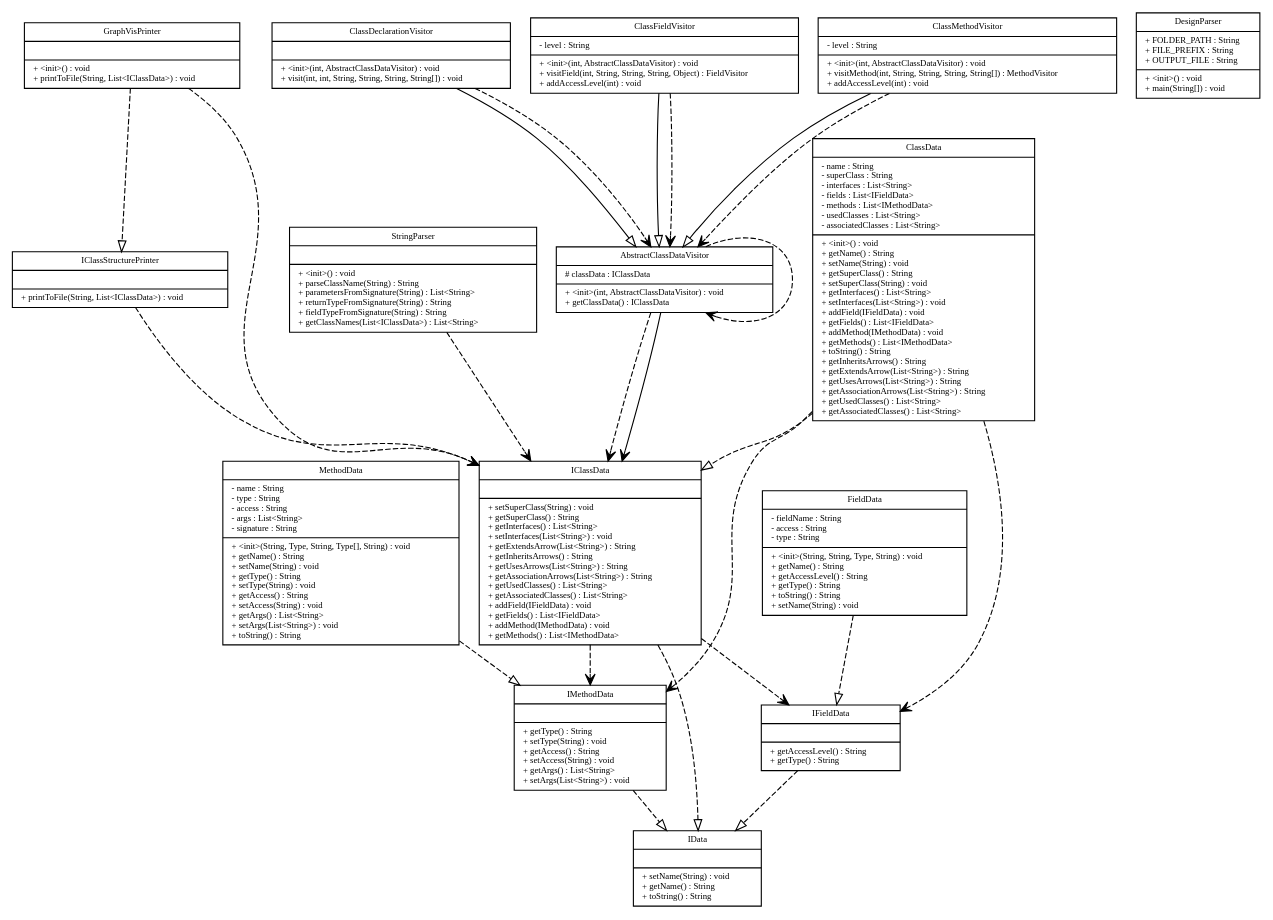
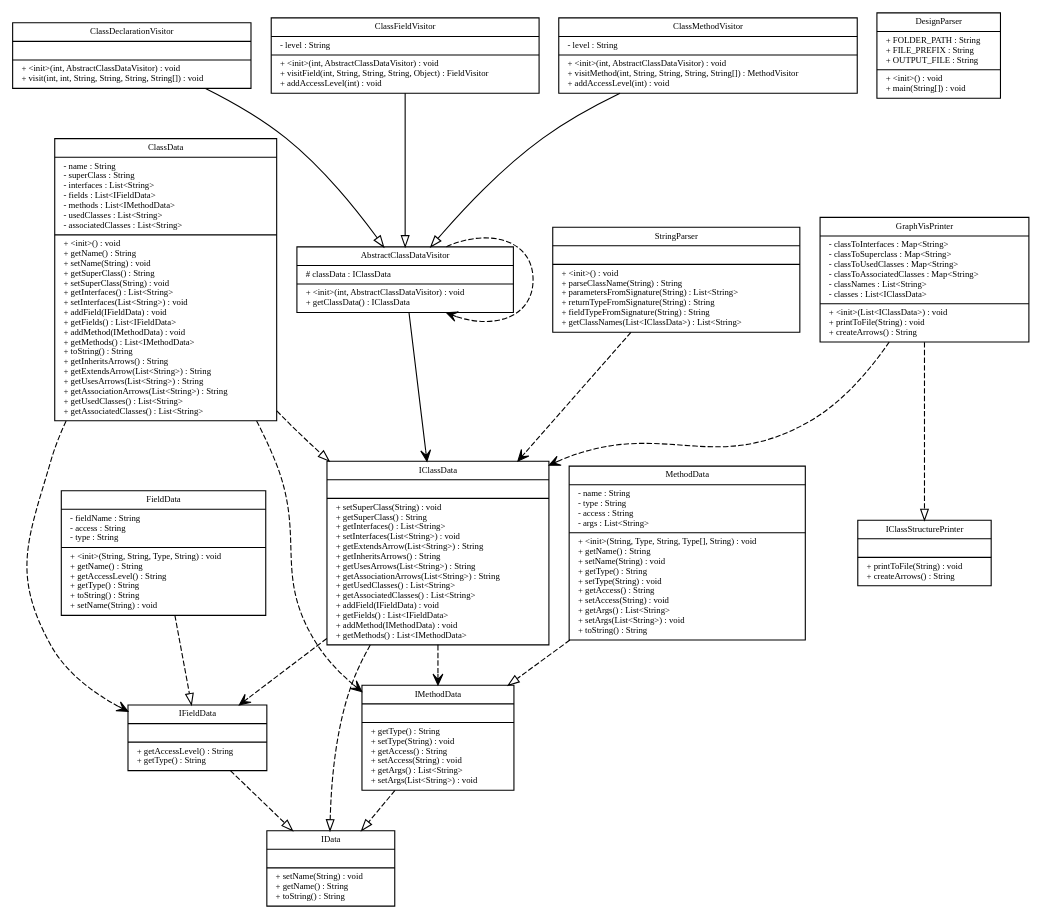
One commit to LoganErexson/CSSE374TeamProject changed the diagram in input_output/Diagram.gv. Above: the diagram before and after it, drawn with Graphviz. The commit also changed 5 other files, not shown here.

First line of the commit message:
GraphVisPrinter now handles arrow strings

```diff
--- a/input_output/Diagram.gv
+++ b/input_output/Diagram.gv
@@ -12,197 +12,80 @@
 AbstractClassDataVisitor [
 label = "{AbstractClassDataVisitor|# classData : IClassData\l|+ \<init\>(int, AbstractClassDataVisitor) : void\l+ getClassData() : IClassData\l}"
 ]
-edge [ 
-arrowhead = "vee"
-style = "dashed"
-]
-AbstractClassDataVisitor -> AbstractClassDataVisitor
-AbstractClassDataVisitor -> IClassData
-edge [ 
-arrowhead = "vee"
-style = "solid"
-]
-AbstractClassDataVisitor -> IClassData
 ClassData [
 label = "{ClassData|- name : String\l- superClass : String\l- interfaces : List\<String\>\l- fields : List\<IFieldData\>\l- methods : List\<IMethodData\>\l- usedClasses : List\<String\>\l- associatedClasses : List\<String\>\l|+ \<init\>() : void\l+ getName() : String\l+ setName(String) : void\l+ getSuperClass() : String\l+ setSuperClass(String) : void\l+ getInterfaces() : List\<String\>\l+ setInterfaces(List\<String\>) : void\l+ addField(IFieldData) : void\l+ getFields() : List\<IFieldData\>\l+ addMethod(IMethodData) : void\l+ getMethods() : List\<IMethodData\>\l+ toString() : String\l+ getInheritsArrows() : String\l+ getExtendsArrow(List\<String\>) : String\l+ getUsesArrows(List\<String\>) : String\l+ getAssociationArrows(List\<String\>) : String\l+ getUsedClasses() : List\<String\>\l+ getAssociatedClasses() : List\<String\>\l}"
-]
-edge [ 
-arrowhead = "empty"
-style = "dashed"
-]
-ClassData -> IClassData
-edge [ 
-arrowhead = "vee"
-style = "dashed"
-]
-ClassData -> IFieldData
-ClassData -> IMethodData
-edge [ 
-arrowhead = "vee"
-style = "solid"
 ]
 ClassDeclarationVisitor [
 label = "{ClassDeclarationVisitor||+ \<init\>(int, AbstractClassDataVisitor) : void\l+ visit(int, int, String, String, String, String[]) : void\l}"
 ]
-edge [ 
-arrowhead = "empty"
-style = "solid"
-]
-ClassDeclarationVisitor -> AbstractClassDataVisitor
-edge [ 
-arrowhead = "vee"
-style = "dashed"
-]
-ClassDeclarationVisitor -> AbstractClassDataVisitor
 ClassFieldVisitor [
 label = "{ClassFieldVisitor|- level : String\l|+ \<init\>(int, AbstractClassDataVisitor) : void\l+ visitField(int, String, String, String, Object) : FieldVisitor\l+ addAccessLevel(int) : void\l}"
 ]
-edge [ 
-arrowhead = "empty"
-style = "solid"
-]
-ClassFieldVisitor -> AbstractClassDataVisitor
-edge [ 
-arrowhead = "vee"
-style = "dashed"
-]
-ClassFieldVisitor -> AbstractClassDataVisitor
-edge [ 
-arrowhead = "vee"
-style = "solid"
-]
 ClassMethodVisitor [
 label = "{ClassMethodVisitor|- level : String\l|+ \<init\>(int, AbstractClassDataVisitor) : void\l+ visitMethod(int, String, String, String, String[]) : MethodVisitor\l+ addAccessLevel(int) : void\l}"
+]
+DesignParser [
+label = "{DesignParser|+ FOLDER_PATH : String\l+ FILE_PREFIX : String\l+ OUTPUT_FILE : String\l|+ \<init\>() : void\l+ main(String[]) : void\l}"
+]
+FieldData [
+label = "{FieldData|- fieldName : String\l- access : String\l- type : String\l|+ \<init\>(String, String, Type, String) : void\l+ getName() : String\l+ getAccessLevel() : String\l+ getType() : String\l+ toString() : String\l+ setName(String) : void\l}"
+]
+GraphVisPrinter [
+label = "{GraphVisPrinter|- classToInterfaces : Map\<String\>\l- classToSuperclass : Map\<String\>\l- classToUsedClasses : Map\<String\>\l- classToAssociatedClasses : Map\<String\>\l- classNames : List\<String\>\l- classes : List\<IClassData\>\l|+ \<init\>(List\<IClassData\>) : void\l+ printToFile(String) : void\l+ createArrows() : String\l}"
+]
+IClassData [
+label = "{IClassData||+ setSuperClass(String) : void\l+ getSuperClass() : String\l+ getInterfaces() : List\<String\>\l+ setInterfaces(List\<String\>) : void\l+ getExtendsArrow(List\<String\>) : String\l+ getInheritsArrows() : String\l+ getUsesArrows(List\<String\>) : String\l+ getAssociationArrows(List\<String\>) : String\l+ getUsedClasses() : List\<String\>\l+ getAssociatedClasses() : List\<String\>\l+ addField(IFieldData) : void\l+ getFields() : List\<IFieldData\>\l+ addMethod(IMethodData) : void\l+ getMethods() : List\<IMethodData\>\l}"
+]
+IClassStructurePrinter [
+label = "{IClassStructurePrinter||+ printToFile(String) : void\l+ createArrows() : String\l}"
+]
+IData [
+label = "{IData||+ setName(String) : void\l+ getName() : String\l+ toString() : String\l}"
+]
+IFieldData [
+label = "{IFieldData||+ getAccessLevel() : String\l+ getType() : String\l}"
+]
+IMethodData [
+label = "{IMethodData||+ getType() : String\l+ setType(String) : void\l+ getAccess() : String\l+ setAccess(String) : void\l+ getArgs() : List\<String\>\l+ setArgs(List\<String\>) : void\l}"
+]
+MethodData [
+label = "{MethodData|- name : String\l- type : String\l- access : String\l- args : List\<String\>\l|+ \<init\>(String, Type, String, Type[], String) : void\l+ getName() : String\l+ setName(String) : void\l+ getType() : String\l+ setType(String) : void\l+ getAccess() : String\l+ setAccess(String) : void\l+ getArgs() : List\<String\>\l+ setArgs(List\<String\>) : void\l+ toString() : String\l}"
+]
+StringParser [
+label = "{StringParser||+ \<init\>() : void\l+ parseClassName(String) : String\l+ parametersFromSignature(String) : List\<String\>\l+ returnTypeFromSignature(String) : String\l+ fieldTypeFromSignature(String) : String\l+ getClassNames(List\<IClassData\>) : List\<String\>\l}"
 ]
 edge [ 
 arrowhead = "empty"
 style = "solid"
 ]
 ClassMethodVisitor -> AbstractClassDataVisitor
-edge [ 
-arrowhead = "vee"
-style = "dashed"
-]
-ClassMethodVisitor -> AbstractClassDataVisitor
-edge [ 
-arrowhead = "vee"
-style = "solid"
-]
-DesignParser [
-label = "{DesignParser|+ FOLDER_PATH : String\l+ FILE_PREFIX : String\l+ OUTPUT_FILE : String\l|+ \<init\>() : void\l+ main(String[]) : void\l}"
-]
-edge [ 
-arrowhead = "vee"
-style = "dashed"
-]
-edge [ 
-arrowhead = "vee"
-style = "solid"
-]
-FieldData [
-label = "{FieldData|- fieldName : String\l- access : String\l- type : String\l|+ \<init\>(String, String, Type, String) : void\l+ getName() : String\l+ getAccessLevel() : String\l+ getType() : String\l+ toString() : String\l+ setName(String) : void\l}"
-]
+ClassDeclarationVisitor -> AbstractClassDataVisitor
+ClassFieldVisitor -> AbstractClassDataVisitor
 edge [ 
 arrowhead = "empty"
 style = "dashed"
 ]
 FieldData -> IFieldData
-edge [ 
-arrowhead = "vee"
-style = "dashed"
-]
+ClassData -> IClassData
+GraphVisPrinter -> IClassStructurePrinter
+MethodData -> IMethodData
+IMethodData -> IData
+IClassData -> IData
+IFieldData -> IData
 edge [ 
 arrowhead = "vee"
 style = "solid"
 ]
-GraphVisPrinter [
-label = "{GraphVisPrinter||+ \<init\>() : void\l+ printToFile(String, List\<IClassData\>) : void\l}"
-]
-edge [ 
-arrowhead = "empty"
-style = "dashed"
-]
-GraphVisPrinter -> IClassStructurePrinter
-edge [ 
-arrowhead = "vee"
-style = "dashed"
-]
-GraphVisPrinter -> IClassData
-IClassData [
-label = "{IClassData||+ setSuperClass(String) : void\l+ getSuperClass() : String\l+ getInterfaces() : List\<String\>\l+ setInterfaces(List\<String\>) : void\l+ getExtendsArrow(List\<String\>) : String\l+ getInheritsArrows() : String\l+ getUsesArrows(List\<String\>) : String\l+ getAssociationArrows(List\<String\>) : String\l+ getUsedClasses() : List\<String\>\l+ getAssociatedClasses() : List\<String\>\l+ addField(IFieldData) : void\l+ getFields() : List\<IFieldData\>\l+ addMethod(IMethodData) : void\l+ getMethods() : List\<IMethodData\>\l}"
-]
-edge [ 
-arrowhead = "empty"
-style = "dashed"
-]
-IClassData -> IData
-edge [ 
-arrowhead = "vee"
-style = "dashed"
-]
-IClassData -> IFieldData
-IClassData -> IMethodData
-IClassStructurePrinter [
-label = "{IClassStructurePrinter||+ printToFile(String, List\<IClassData\>) : void\l}"
-]
-edge [ 
-arrowhead = "vee"
-style = "dashed"
-]
-IClassStructurePrinter -> IClassData
-IData [
-label = "{IData||+ setName(String) : void\l+ getName() : String\l+ toString() : String\l}"
-]
-edge [ 
-arrowhead = "vee"
-style = "dashed"
-]
-IFieldData [
-label = "{IFieldData||+ getAccessLevel() : String\l+ getType() : String\l}"
-]
-edge [ 
-arrowhead = "empty"
-style = "dashed"
-]
-IFieldData -> IData
-edge [ 
-arrowhead = "vee"
-style = "dashed"
-]
-IMethodData [
-label = "{IMethodData||+ getType() : String\l+ setType(String) : void\l+ getAccess() : String\l+ setAccess(String) : void\l+ getArgs() : List\<String\>\l+ setArgs(List\<String\>) : void\l}"
-]
-edge [ 
-arrowhead = "empty"
-style = "dashed"
-]
-IMethodData -> IData
-edge [ 
-arrowhead = "vee"
-style = "dashed"
-]
-MethodData [
-label = "{MethodData|- name : String\l- type : String\l- access : String\l- args : List\<String\>\l- signature : String\l|+ \<init\>(String, Type, String, Type[], String) : void\l+ getName() : String\l+ setName(String) : void\l+ getType() : String\l+ setType(String) : void\l+ getAccess() : String\l+ setAccess(String) : void\l+ getArgs() : List\<String\>\l+ setArgs(List\<String\>) : void\l+ toString() : String\l}"
-]
-edge [ 
-arrowhead = "empty"
-style = "dashed"
-]
-MethodData -> IMethodData
-edge [ 
-arrowhead = "vee"
-style = "dashed"
-]
-edge [ 
-arrowhead = "vee"
-style = "solid"
-]
-StringParser [
-label = "{StringParser||+ \<init\>() : void\l+ parseClassName(String) : String\l+ parametersFromSignature(String) : List\<String\>\l+ returnTypeFromSignature(String) : String\l+ fieldTypeFromSignature(String) : String\l+ getClassNames(List\<IClassData\>) : List\<String\>\l}"
-]
+AbstractClassDataVisitor -> IClassData
 edge [ 
 arrowhead = "vee"
 style = "dashed"
 ]
 StringParser -> IClassData
+AbstractClassDataVisitor -> AbstractClassDataVisitor
+ClassData -> IFieldData
+ClassData -> IMethodData
+GraphVisPrinter -> IClassData
+IClassData -> IFieldData
+IClassData -> IMethodData
 }
```
